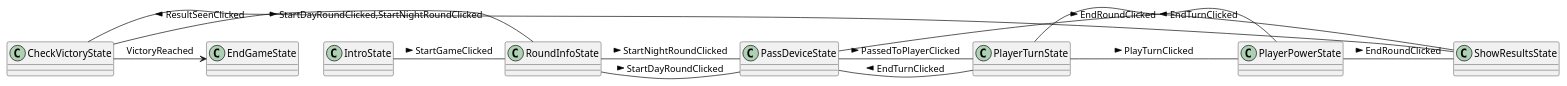
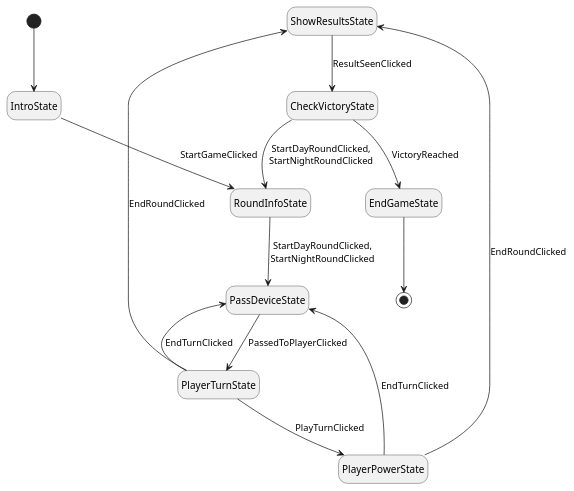
One commit to LivingWithHippos/Keter-Escape changed the diagram in UML/fsm.puml. Above: the diagram before and after it, drawn with PlantUML.

Commit message:
Updated fsm diagram

```diff
--- a/UML/fsm.puml
+++ b/UML/fsm.puml
@@ -1,31 +1,35 @@
 @startuml
-class ShowResultsState
-class RoundInfoState
-class PlayerTurnState
-class PlayerPowerState
-class PassDeviceState
-class IntroState
-class EndGameState
-class CheckVictoryState
+hide empty description
 
-CheckVictoryState -> EndGameState: VictoryReached
-CheckVictoryState - RoundInfoState: StartDayRoundClicked,StartNightRoundClicked >
-
-IntroState - RoundInfoState: StartGameClicked >
-
-PassDeviceState - PlayerTurnState: PassedToPlayerClicked >
-
-PlayerPowerState - ShowResultsState: EndRoundClicked >
-PlayerPowerState - PassDeviceState: EndTurnClicked >
-
-PlayerTurnState - ShowResultsState: EndRoundClicked >
-PlayerTurnState - PassDeviceState: EndTurnClicked >
-PlayerTurnState - PlayerPowerState: PlayTurnClicked >
-
-RoundInfoState - PassDeviceState: StartDayRoundClicked >
-RoundInfoState - PassDeviceState: StartNightRoundClicked >
-
-ShowResultsState - CheckVictoryState: ResultSeenClicked >
+State ShowResultsState
+State RoundInfoState
+State PlayerTurnState
+State PlayerPowerState
+State PassDeviceState
+State IntroState
+State EndGameState
+State CheckVictoryState
 
 
+[*] --> IntroState
+IntroState --> RoundInfoState: StartGameClicked
+
+PassDeviceState --> PlayerTurnState: PassedToPlayerClicked
+
+PlayerPowerState --> ShowResultsState: EndRoundClicked
+PlayerPowerState --> PassDeviceState: EndTurnClicked
+
+PlayerTurnState --> ShowResultsState: EndRoundClicked
+PlayerTurnState --> PassDeviceState: EndTurnClicked
+PlayerTurnState --> PlayerPowerState: PlayTurnClicked
+
+RoundInfoState --> PassDeviceState: StartDayRoundClicked,\nStartNightRoundClicked
+
+ShowResultsState --> CheckVictoryState: ResultSeenClicked
+
+CheckVictoryState --> EndGameState: VictoryReached
+CheckVictoryState --> RoundInfoState: StartDayRoundClicked,\nStartNightRoundClicked
+
+EndGameState --> [*]
+
 @enduml
```
